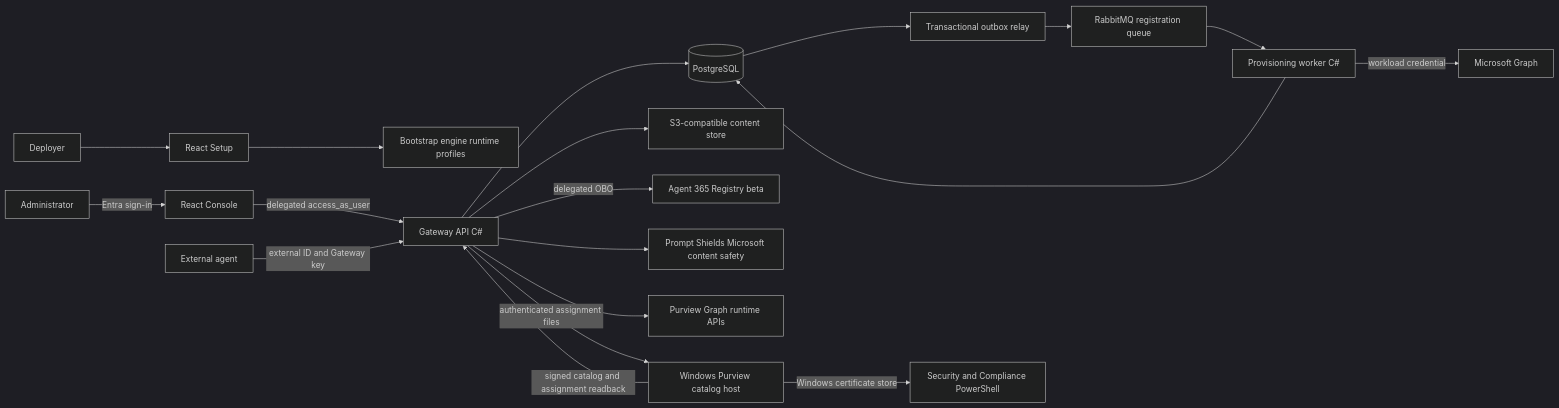
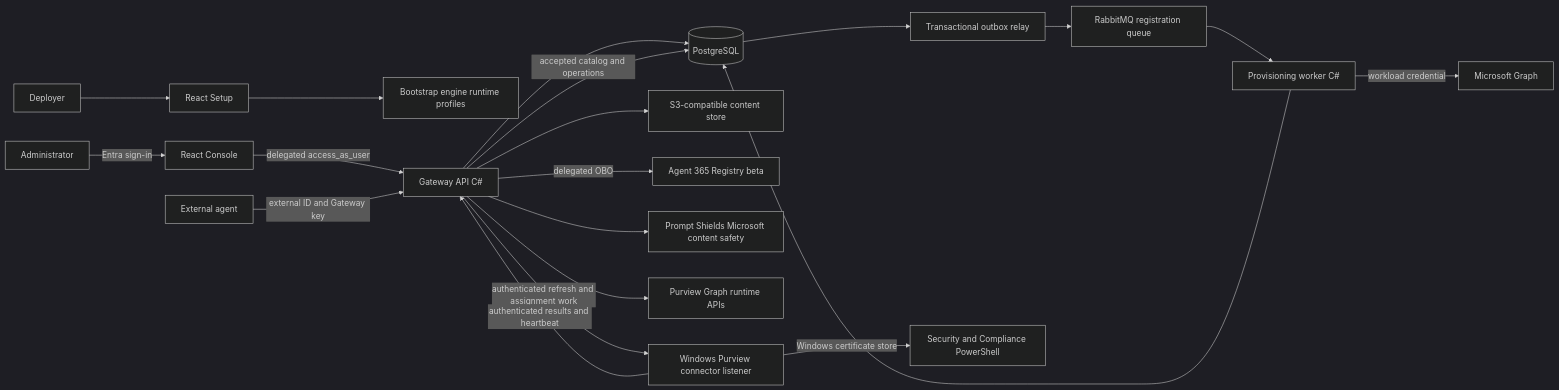
The diagram in docs/architecture/system-architecture.md (patrick-shim/a365-custom-gateway), drawn with Mermaid (dark theme) before and after one commit. The commit also changed other lines of this file and 77 other files, not shown here.

````diff
--- a/docs/architecture/system-architecture.md
+++ b/docs/architecture/system-architecture.md
@@ -79,21 +80,22 @@
 ```mermaid
 flowchart LR
     Operator[Administrator] -->|Entra sign-in| Ui[React Console]
     Deployer[Deployer] --> Setup[React Setup]
     Setup --> Bootstrap[Bootstrap engine runtime profiles]
     Ui -->|delegated access_as_user| Api[Gateway API C#]
     External[External agent] -->|external ID and Gateway key| Api
     Api --> Db[(PostgreSQL)]
     Db --> Relay[Transactional outbox relay]
     Relay --> RegistrationQueue[RabbitMQ registration queue]
     RegistrationQueue --> Worker[Provisioning worker C#]
     Worker --> Db
     Api --> Objects[S3-compatible content store]
     Worker -->|workload credential| Graph[Microsoft Graph]
     Api -->|delegated OBO| Registry[Agent 365 Registry beta]
     Api --> Shield[Prompt Shields Microsoft content safety]
     Api --> Purview[Purview Graph runtime APIs]
-    Api -->|authenticated assignment files| Catalog[Windows Purview catalog host]
-    Catalog -->|signed catalog and assignment readback| Api
+    Api -->|authenticated refresh and assignment work| Catalog[Windows Purview connector listener]
+    Catalog -->|authenticated results and heartbeat| Api
     Catalog -->|Windows certificate store| Compliance[Security and Compliance PowerShell]
+    Api -->|accepted catalog and operations| Db
 ```
````
